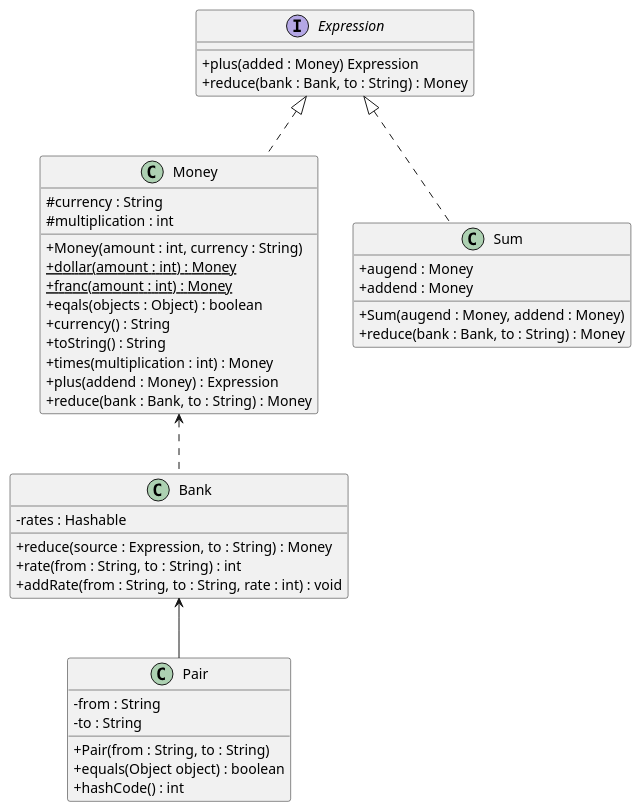
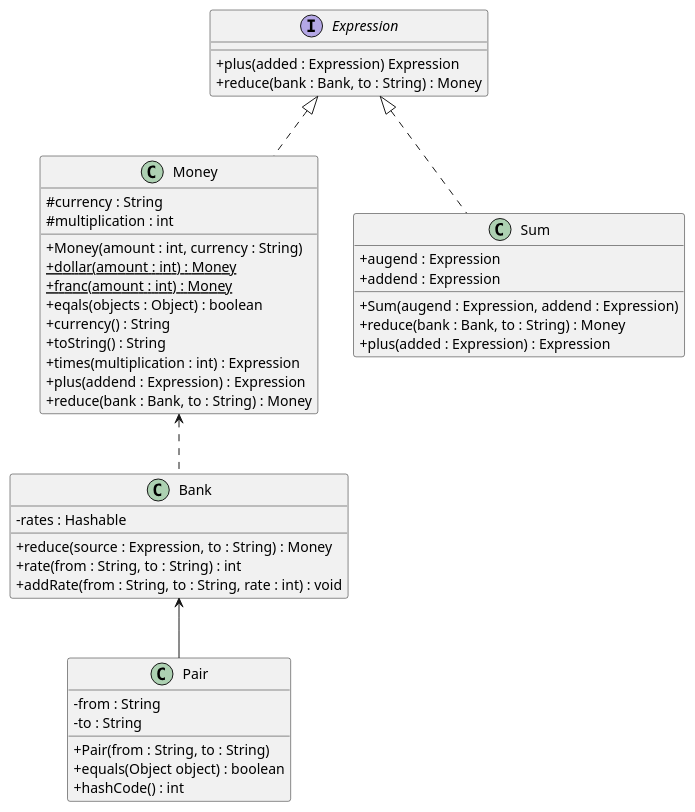
Before and after one commit to NOHYC/TDD_project: the diagram in ClassDiagram.puml, drawn with PlantUML. The commit also changed 10 other files, not shown here.

Commit message:
chapter 15 : 서로 다른 통화 더하기(Expression->Money) 1. Money -> Expression 변환 2. 가장자리인 Sum 클래스부터 테스트까지 거슬러올라간다. 3. Expresion으로 고치다보면 컴파일러가 할일 목록을 준다. 4. 테스트 성공

```diff
--- a/ClassDiagram.puml
+++ b/ClassDiagram.puml
@@ -1,51 +1,52 @@
 @startuml
 'https://plantuml.com/class-diagram
 skinparam classAttributeIconSize 0
-/' 15장 : 서로 다른 통화 더하기(Expression)
+/' 15장 : 서로 다른 통화 더하기(Expression->Money)
 '/
 class Money
 interface Expression
 class Bank
 class Sum
 class Pair
 Expression <|.. Money
 Money <.. Bank
 Expression <|.. Sum
 Bank <-- Pair
 class Money{
  #currency : String
  #multiplication : int
  +Money(amount : int, currency : String)
  +dollar(amount : int) : {static} Money
  +franc(amount : int) : {static} Money
  +eqals(objects : Object) : boolean
  +currency() : String
  +toString() : String
- +times(multiplication : int) : Money
- +plus(addend : Money) : Expression
+ +times(multiplication : int) : Expression
+ +plus(addend : Expression) : Expression
  +reduce(bank : Bank, to : String) : Money
 }
 interface Expression{
- +plus(added : Money) Expression
+ +plus(added : Expression) Expression
  +reduce(bank : Bank, to : String) : Money
 }
 class Bank{
  -rates : Hashable
  +reduce(source : Expression, to : String) : Money
  +rate(from : String, to : String) : int
  +addRate(from : String, to : String, rate : int) : void
 }
 class Sum{
- +augend : Money
- +addend : Money
- +Sum(augend : Money, addend : Money)
+ +augend : Expression
+ +addend : Expression
+ +Sum(augend : Expression, addend : Expression)
  +reduce(bank : Bank, to : String) : Money
+ +plus(added : Expression) : Expression
 }
 class Pair {
  -from : String
  -to : String
   +Pair(from : String, to : String)
   +equals(Object object) : boolean
   +hashCode() : int
 }
 @enduml
```
